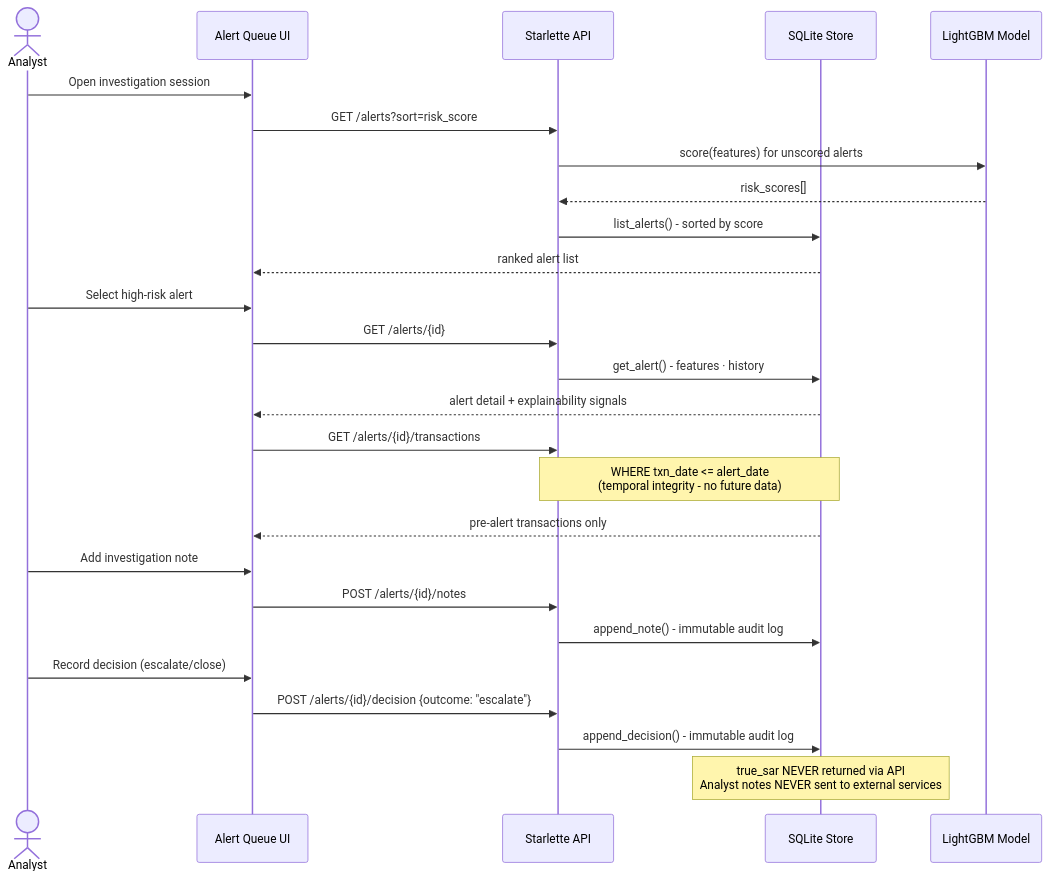
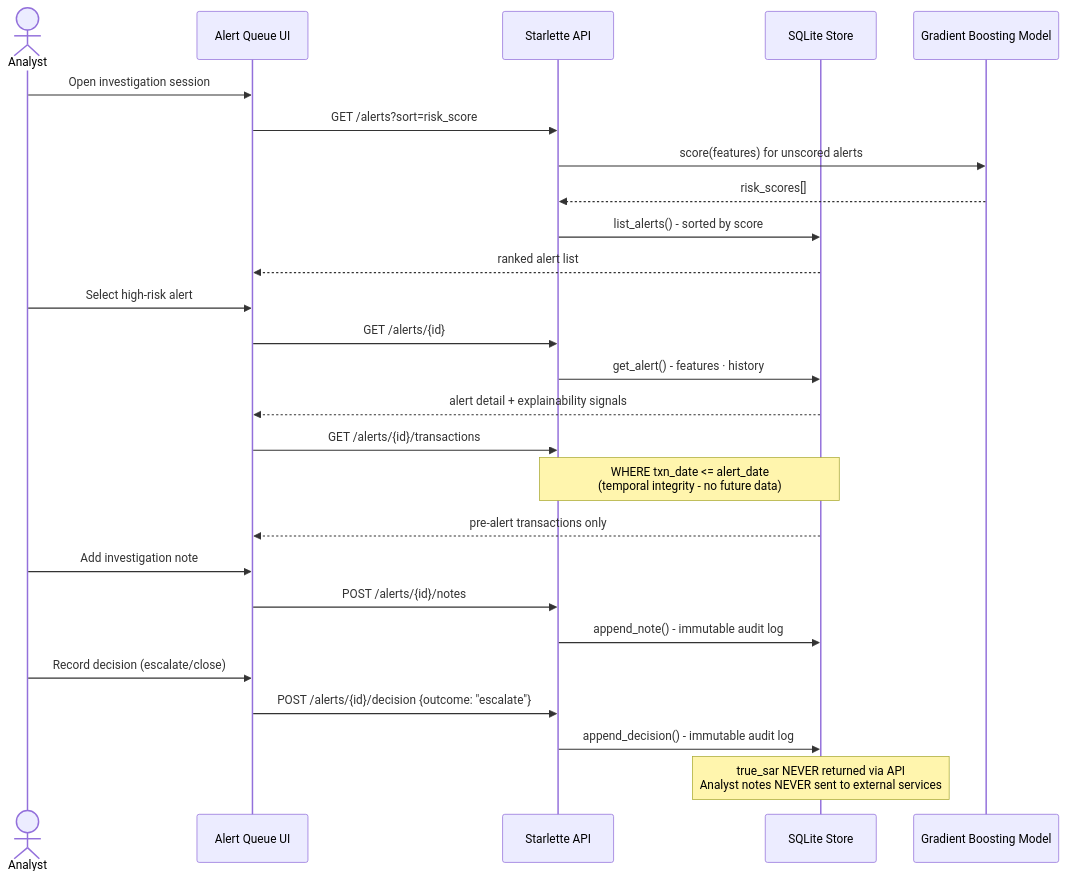
The fourth of 4 diagrams in README.md (Rithwik23M/AlertIQ), drawn with Mermaid before and after one commit. The commit also changed other lines of this file and 13 other files, not shown here.

````diff
--- a/README.md
+++ b/README.md
@@ -120,33 +120,33 @@
 ```mermaid
 sequenceDiagram
     actor Analyst
     participant Queue as Alert Queue UI
     participant API as Starlette API
     participant Store as SQLite Store
-    participant Model as LightGBM Model
+    participant Model as Gradient Boosting Model
 
     Analyst->>Queue: Open investigation session
     Queue->>API: GET /alerts?sort=risk_score
     API->>Model: score(features) for unscored alerts
     Model-->>API: risk_scores[]
     API->>Store: list_alerts()  -  sorted by score
     Store-->>Queue: ranked alert list
 
     Analyst->>Queue: Select high-risk alert
     Queue->>API: GET /alerts/{id}
     API->>Store: get_alert()  -  features · history
     Store-->>Queue: alert detail + explainability signals
 
     Queue->>API: GET /alerts/{id}/transactions
     Note over API,Store: WHERE txn_date <= alert_date<br/>(temporal integrity  -  no future data)
     Store-->>Queue: pre-alert transactions only
 
     Analyst->>Queue: Add investigation note
     Queue->>API: POST /alerts/{id}/notes
     API->>Store: append_note()  -  immutable audit log
 
     Analyst->>Queue: Record decision (escalate/close)
     Queue->>API: POST /alerts/{id}/decision {outcome: "escalate"}
     API->>Store: append_decision()  -  immutable audit log
     Note over Store: true_sar NEVER returned via API<br/>Analyst notes NEVER sent to external services
 ```
````
